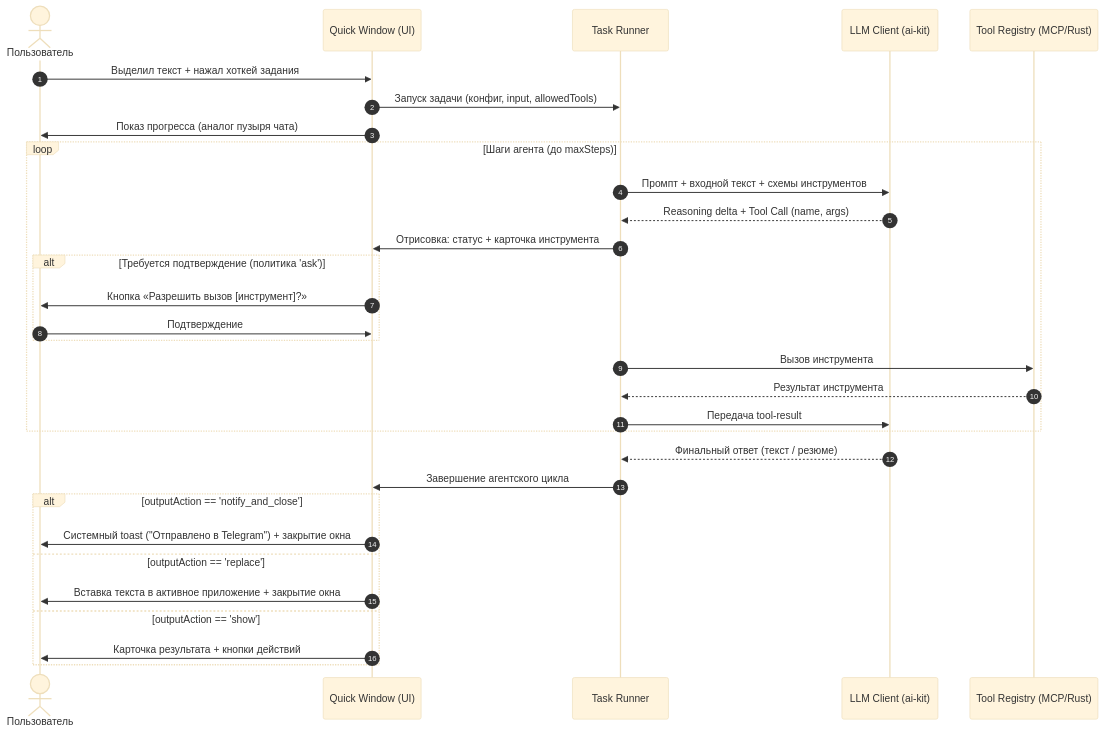
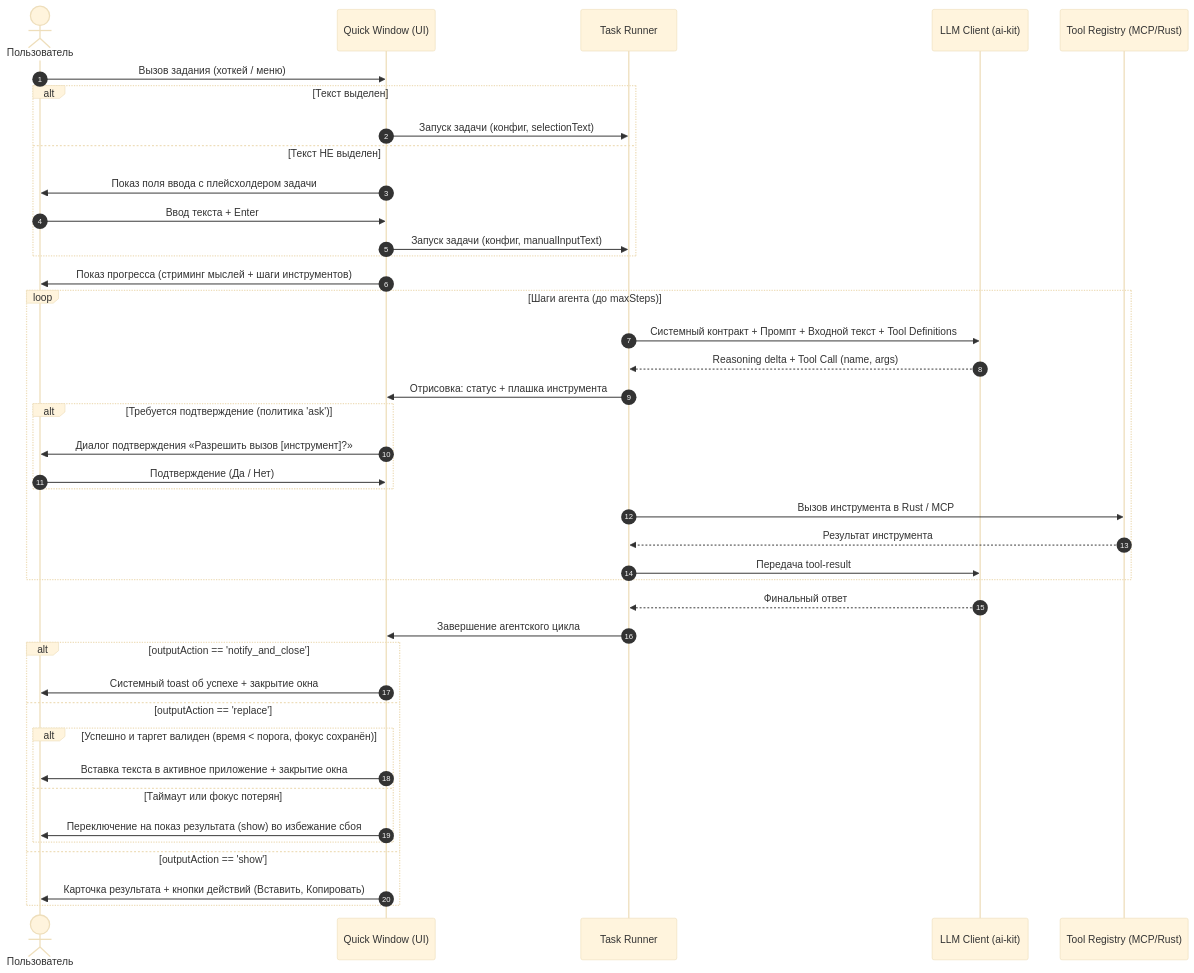
One commit to bozonx/tyco changed the diagram in dev_docs/design-ai-tasks.md. Above: the diagram before and after it, drawn with Mermaid (base theme). The commit also changed other lines of this file, not shown here.

````diff
--- a/dev_docs/design-ai-tasks.md
+++ b/dev_docs/design-ai-tasks.md
@@ -83,39 +91,50 @@
 ```mermaid
 sequenceDiagram
     autonumber
     actor User as Пользователь
     participant QW as Quick Window (UI)
     participant Runner as Task Runner
     participant LLM as LLM Client (ai-kit)
     participant Registry as Tool Registry (MCP/Rust)
 
-    User->>QW: Выделил текст + нажал хоткей задания
-    QW->>Runner: Запуск задачи (конфиг, input, allowedTools)
-    QW->>User: Показ прогресса (аналог пузыря чата)
+    User->>QW: Вызов задания (хоткей / меню)
+    alt Текст выделен
+        QW->>Runner: Запуск задачи (конфиг, selectionText)
+    else Текст НЕ выделен
+        QW->>User: Показ поля ввода с плейсхолдером задачи
+        User->>QW: Ввод текста + Enter
+        QW->>Runner: Запуск задачи (конфиг, manualInputText)
+    end
+
+    QW->>User: Показ прогресса (стриминг мыслей + шаги инструментов)
     
     loop Шаги агента (до maxSteps)
-        Runner->>LLM: Промпт + входной текст + схемы инструментов
+        Runner->>LLM: Системный контракт + Промпт + Входной текст + Tool Definitions
         LLM-->>Runner: Reasoning delta + Tool Call (name, args)
-        Runner->>QW: Отрисовка: статус + карточка инструмента
+        Runner->>QW: Отрисовка: статус + плашка инструмента
         
         alt Требуется подтверждение (политика 'ask')
-            QW->>User: Кнопка «Разрешить вызов [инструмент]?»
-            User->>QW: Подтверждение
+            QW->>User: Диалог подтверждения «Разрешить вызов [инструмент]?»
+            User->>QW: Подтверждение (Да / Нет)
         end
         
-        Runner->>Registry: Вызов инструмента
+        Runner->>Registry: Вызов инструмента в Rust / MCP
         Registry-->>Runner: Результат инструмента
         Runner->>LLM: Передача tool-result
     end
 
-    LLM-->>Runner: Финальный ответ (текст / резюме)
+    LLM-->>Runner: Финальный ответ
     Runner->>QW: Завершение агентского цикла
-    
+
     alt outputAction == 'notify_and_close'
-        QW->>User: Системный toast ("Отправлено в Telegram") + закрытие окна
+        QW->>User: Системный toast об успехе + закрытие окна
     else outputAction == 'replace'
-        QW->>User: Вставка текста в активное приложение + закрытие окна
+        alt Успешно и таргет валиден (время < порога, фокус сохранён)
+            QW->>User: Вставка текста в активное приложение + закрытие окна
+        else Таймаут или фокус потерян
+            QW->>User: Переключение на показ результата (show) во избежание сбоя
+        end
     else outputAction == 'show'
-        QW->>User: Карточка результата + кнопки действий
+        QW->>User: Карточка результата + кнопки действий (Вставить, Копировать)
     end
 ```
````
